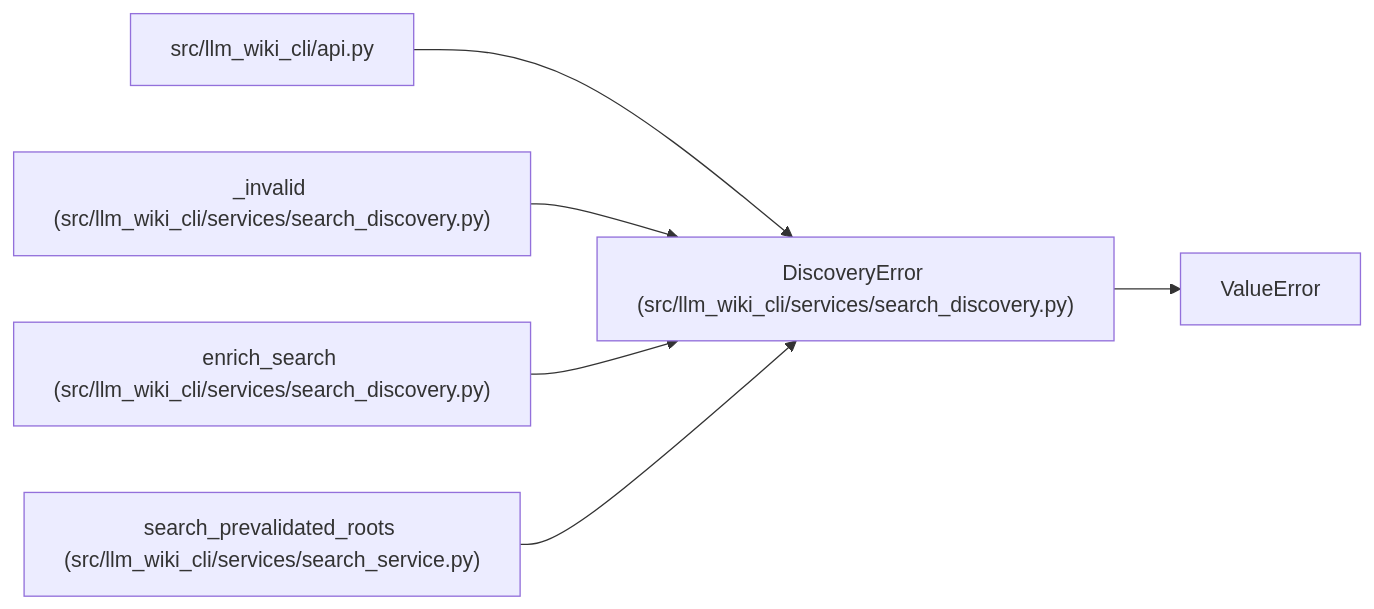
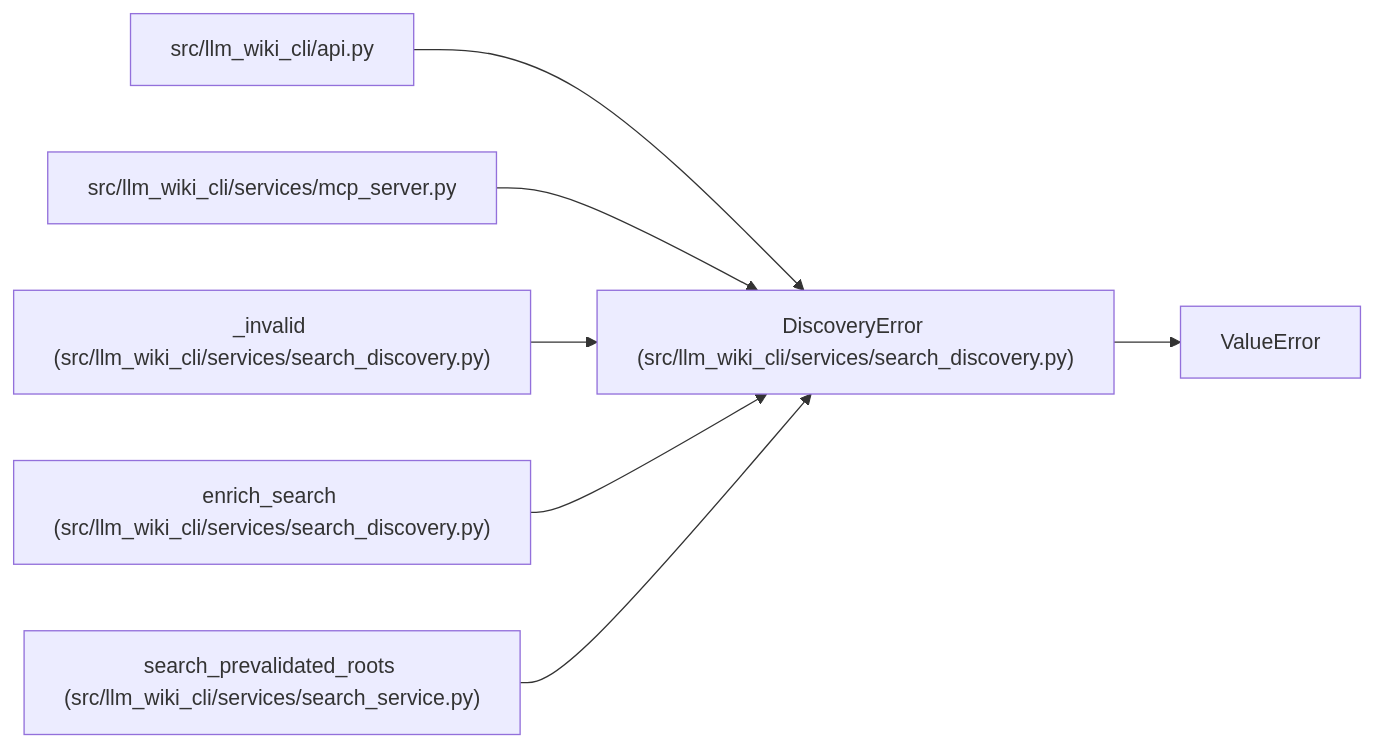
One commit to Denissvgn/python-wiki-llm changed the diagram in docs/llm_wiki/entities/DiscoveryError.md. Above: the diagram before and after it, drawn with Mermaid. The commit also changed other lines of this file and 631 other files, not shown here.

````diff
--- a/docs/llm_wiki/entities/DiscoveryError.md
+++ b/docs/llm_wiki/entities/DiscoveryError.md
@@ -25,19 +25,22 @@
 ```mermaid
 flowchart LR
     n0["DiscoveryError (src/llm_wiki_cli/services/search_discovery.py)"]
     n1["ValueError"]
     n2["src/llm_wiki_cli/api.py"]
-    n3["_invalid (src/llm_wiki_cli/services/search_discovery.py)"]
-    n4["enrich_search (src/llm_wiki_cli/services/search_discovery.py)"]
-    n5["search_prevalidated_roots (src/llm_wiki_cli/services/search_service.py)"]
+    n3["src/llm_wiki_cli/services/mcp_server.py"]
+    n4["_invalid (src/llm_wiki_cli/services/search_discovery.py)"]
+    n5["enrich_search (src/llm_wiki_cli/services/search_discovery.py)"]
+    n6["search_prevalidated_roots (src/llm_wiki_cli/services/search_service.py)"]
     n0 --> n1
     n2 --> n0
     n3 --> n0
     n4 --> n0
     n5 --> n0
+    n6 --> n0
     click n0 "../modules/search_discovery.md"
     click n2 "../modules/api.md"
-    click n3 "../modules/search_discovery.md"
+    click n3 "../modules/mcp_server.md"
     click n4 "../modules/search_discovery.md"
-    click n5 "../modules/search_service.md"
+    click n5 "../modules/search_discovery.md"
+    click n6 "../modules/search_service.md"
 ```
````
